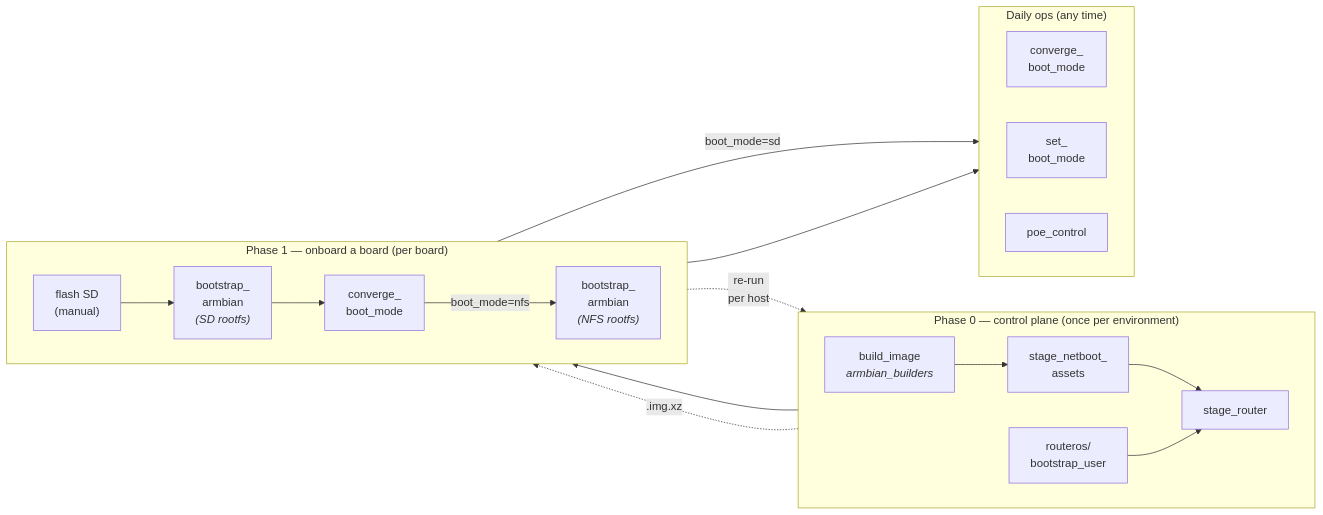
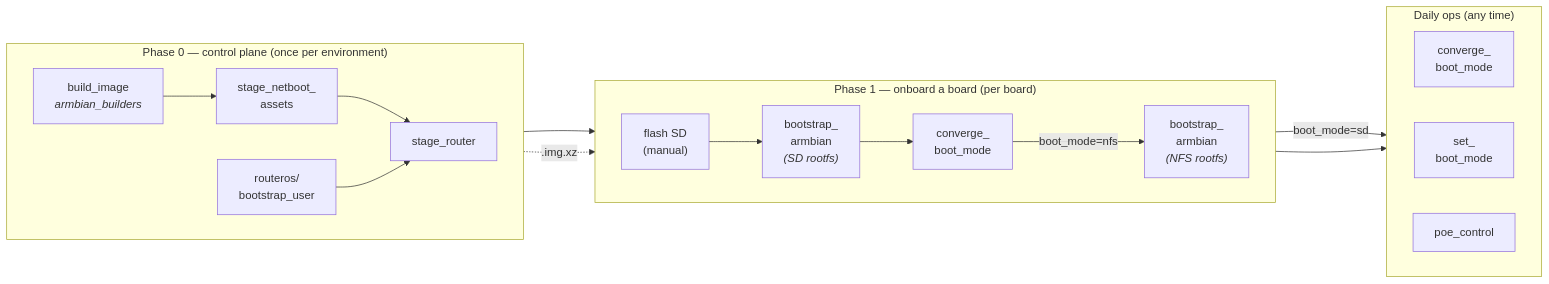
The diagram in README.md (david-igou/ansible-collection-armbian), drawn with Mermaid before and after one commit.

Commit message:
docs(README): drop Phase 1 → Phase 0 loop in lifecycle diagram
The dashed \"re-run per host\" edge from bootstrap_armbian back to
stage_netboot_assets created a confusing cycle in what should be a
forward-only flow. Drop it; the per-host re-staging step is already
called out in the prose above the diagram.

````diff
--- a/README.md
+++ b/README.md
@@ -110,36 +110,35 @@
 ```mermaid
 flowchart LR
     subgraph P0["Phase 0 — control plane (once per environment)"]
         direction LR
         BI["build_image<br/><i>armbian_builders</i>"]
         BU["routeros/<br/>bootstrap_user"]
         SN0["stage_netboot_<br/>assets"]
         SR0["stage_router"]
         BI --> SN0
         SN0 --> SR0
         BU --> SR0
     end
 
     subgraph P1["Phase 1 — onboard a board (per board)"]
         direction LR
         FL["flash SD<br/>(manual)"]
         BA_SD["bootstrap_<br/>armbian<br/><i>(SD rootfs)</i>"]
         CB1["converge_<br/>boot_mode"]
         BA_NFS["bootstrap_<br/>armbian<br/><i>(NFS rootfs)</i>"]
         FL --> BA_SD --> CB1
         CB1 -- "boot_mode=nfs" --> BA_NFS
     end
 
     subgraph DO["Daily ops (any time)"]
         direction LR
         CB["converge_<br/>boot_mode"]
         SBM["set_<br/>boot_mode"]
         PC["poe_control"]
     end
 
     SR0 --> FL
     BI -.->|".img.xz"| FL
-    BA_SD -.->|"re-run<br/>per host"| SN0
     CB1 -- "boot_mode=sd" --> CB
     BA_NFS --> CB
 ```
````
